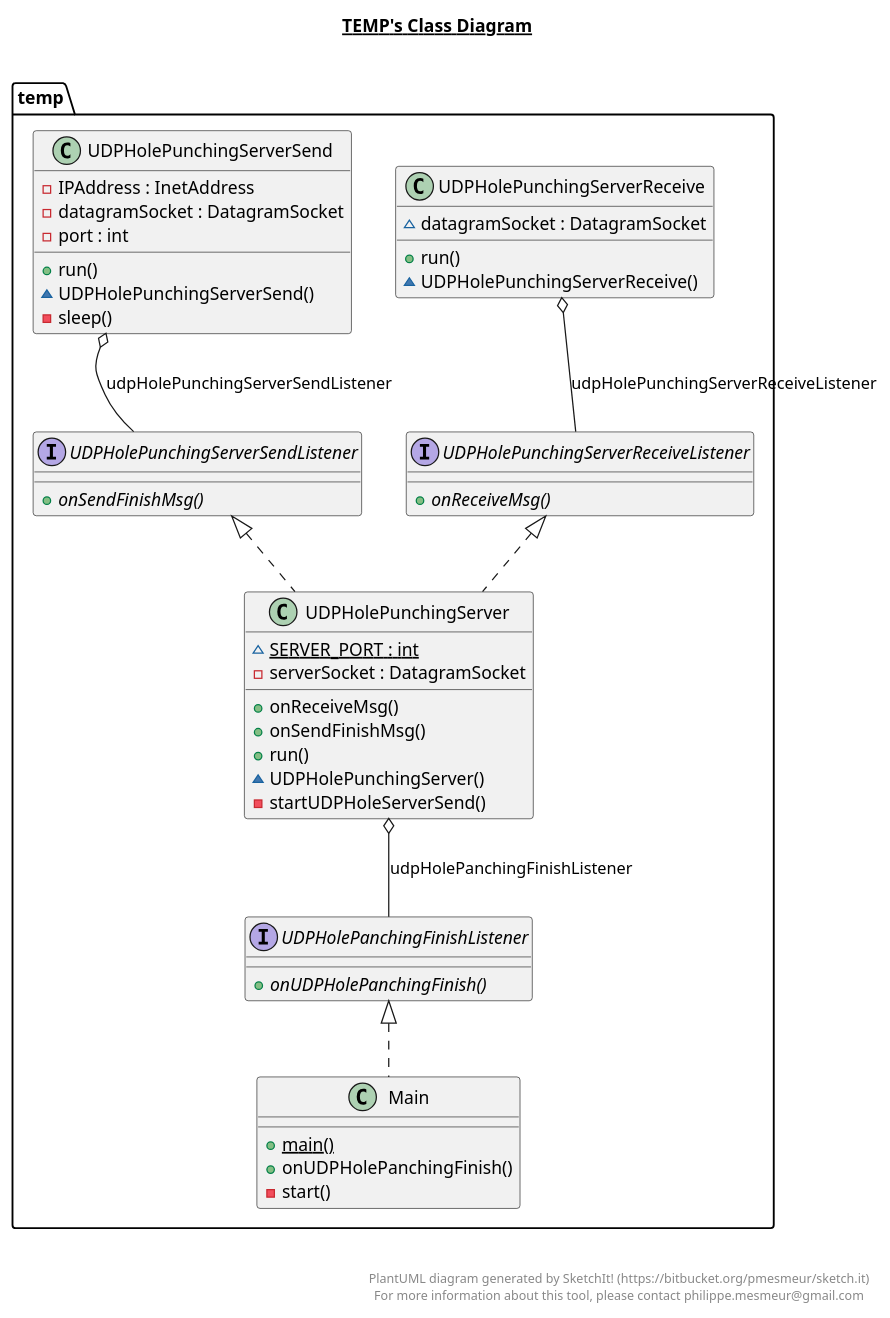
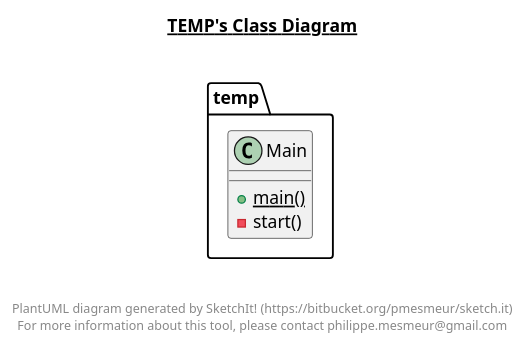
One commit to THEToilet/stun changed the diagram in src/temp/temp.plantuml. Above: the diagram before and after it, drawn with PlantUML. The commit also changed 13 other files, not shown here.

```diff
--- a/src/temp/temp.plantuml
+++ b/src/temp/temp.plantuml
@@ -1,84 +1,22 @@
 @startuml
 
 title __TEMP's Class Diagram__\n
 
   namespace temp {
     class temp.Main {
         {static} + main()
-        + onUDPHolePanchingFinish()
         - start()
     }
   }
   
 
-  namespace temp {
-    interface temp.UDPHolePanchingFinishListener {
-        {abstract} + onUDPHolePanchingFinish()
-    }
-  }
-  
-
-  namespace temp {
-    class temp.UDPHolePunchingServer {
-        {static} ~ SERVER_PORT : int
-        - serverSocket : DatagramSocket
-        + onReceiveMsg()
-        + onSendFinishMsg()
-        + run()
-        ~ UDPHolePunchingServer()
-        - startUDPHoleServerSend()
-    }
-  }
-  
-
-  namespace temp {
-    class temp.UDPHolePunchingServerReceive {
-        ~ datagramSocket : DatagramSocket
-        + run()
-        ~ UDPHolePunchingServerReceive()
-    }
-  }
-  
-
-  namespace temp {
-    interface temp.UDPHolePunchingServerReceiveListener {
-        {abstract} + onReceiveMsg()
-    }
-  }
-  
-
-  namespace temp {
-    class temp.UDPHolePunchingServerSend {
-        - IPAddress : InetAddress
-        - datagramSocket : DatagramSocket
-        - port : int
-        + run()
-        ~ UDPHolePunchingServerSend()
-        - sleep()
-    }
-  }
-  
-
-  namespace temp {
-    interface temp.UDPHolePunchingServerSendListener {
-        {abstract} + onSendFinishMsg()
-    }
-  }
-  
-
-  temp.Main .up.|> temp.UDPHolePanchingFinishListener
-  temp.UDPHolePunchingServer .up.|> temp.UDPHolePunchingServerReceiveListener
-  temp.UDPHolePunchingServer .up.|> temp.UDPHolePunchingServerSendListener
-  temp.UDPHolePunchingServer o-- temp.UDPHolePanchingFinishListener : udpHolePanchingFinishListener
-  temp.UDPHolePunchingServerReceive o-- temp.UDPHolePunchingServerReceiveListener : udpHolePunchingServerReceiveListener
-  temp.UDPHolePunchingServerSend o-- temp.UDPHolePunchingServerSendListener : udpHolePunchingServerSendListener
 
 
 right footer
 
 
 PlantUML diagram generated by SketchIt! (https://bitbucket.org/pmesmeur/sketch.it)
 For more information about this tool, please contact philippe.mesmeur@gmail.com
 endfooter
 
 @enduml
```
